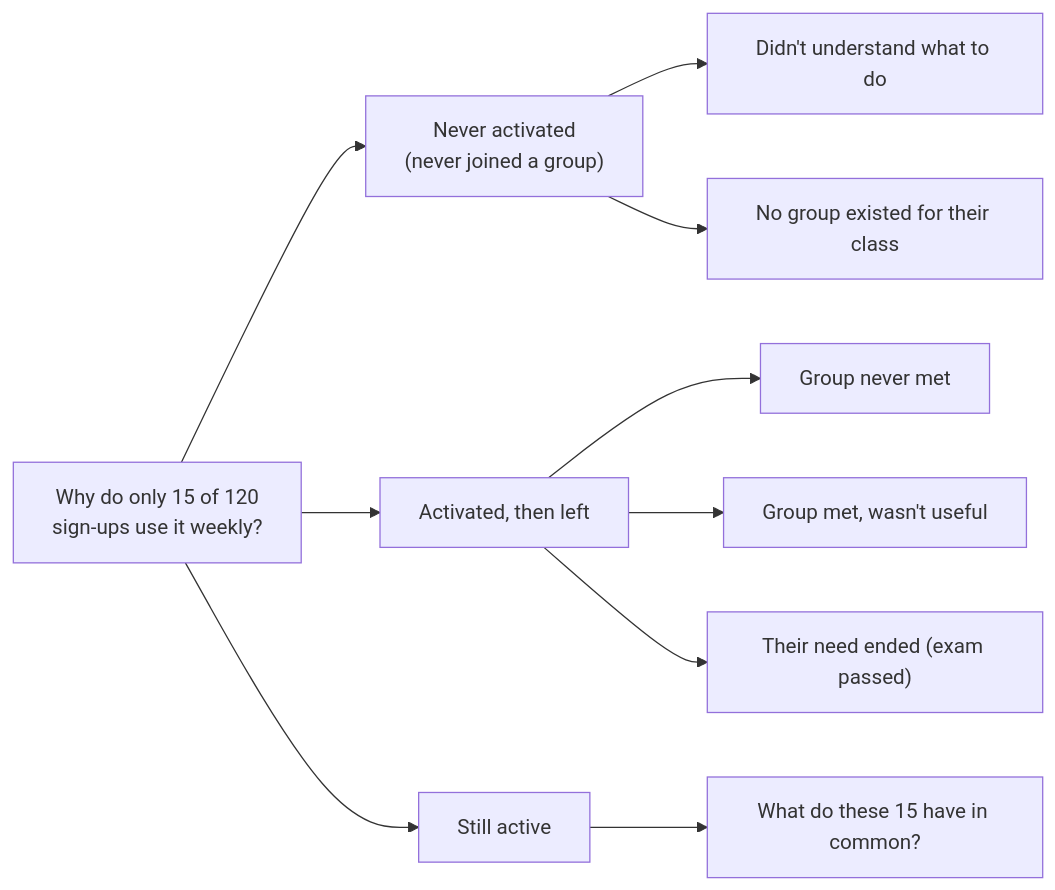
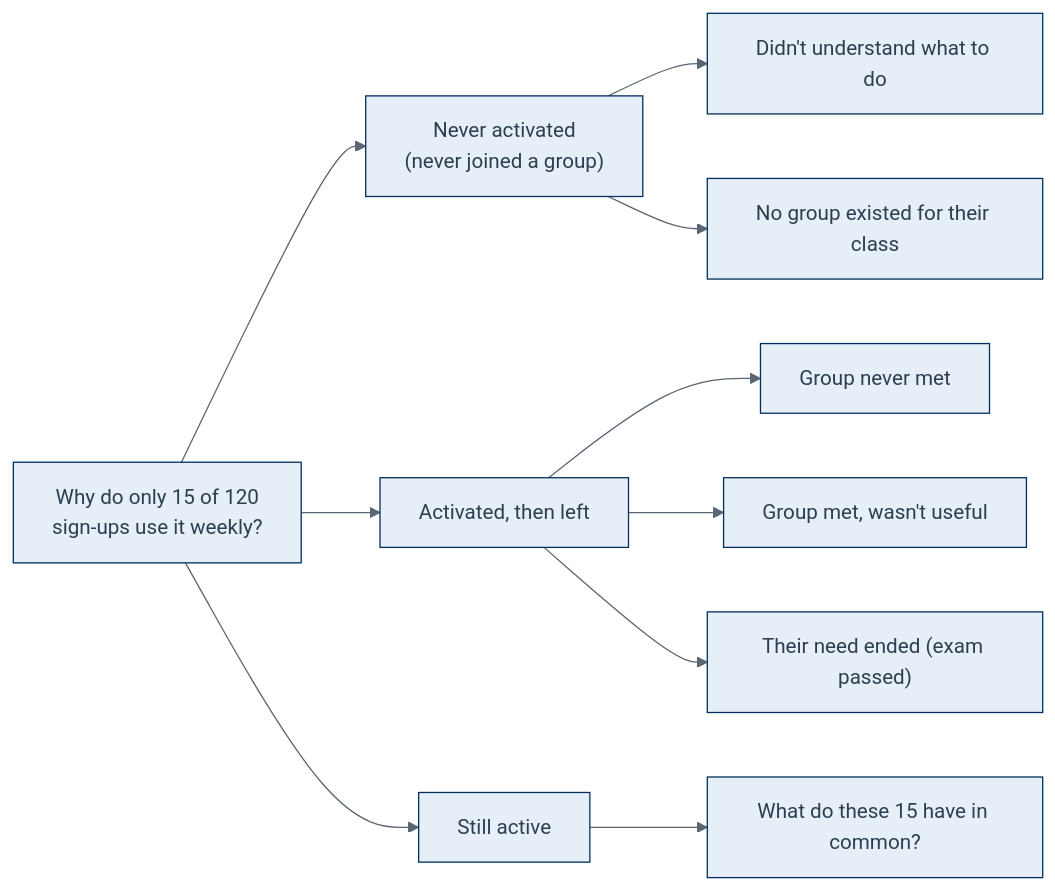
The diagram in 04-finding-and-validating-the-problem.qmd (byu-strategy/product-management), drawn with Mermaid before and after one commit. The commit also changed other lines of this file and 49 other files, not shown here.

````diff
--- a/04-finding-and-validating-the-problem.qmd
+++ b/04-finding-and-validating-the-problem.qmd
@@ -665,12 +669,16 @@
 ```{mermaid}
+%%| label: fig-issue-tree
+%%| fig-cap: "An issue tree for low retention. The three first-level branches cover every sign-up exactly once, so the data can point to the branch that holds the problem."
+%%| fig-alt: "A tree branching left to right from the question why do only 15 of 120 sign-ups use it weekly. Three branches: never activated, meaning never joined a group, which splits into did not understand what to do and no group existed for their class; activated, then left, which splits into group never met, group met but was not useful, and their need ended because the exam passed; and still active, which leads to what do these 15 have in common."
+%%{init: {'theme':'base','themeVariables':{'fontFamily':'Inter, Helvetica Neue, Helvetica, Arial, sans-serif','fontSize':'16px','primaryColor':'#E6EEF7','primaryBorderColor':'#002E5D','primaryTextColor':'#2C3E50','lineColor':'#5A6672','secondaryColor':'#F4F6F8','tertiaryColor':'#FAFBFC','actorBkg':'#E6EEF7','actorBorder':'#002E5D','git0':'#002E5D','git1':'#0057B8','git2':'#6495ED','gitBranchLabel0':'#ffffff','gitBranchLabel1':'#ffffff'}}}%%
 flowchart LR
   Q["Why do only 15 of 120<br/>sign-ups use it weekly?"] --> A["Never activated<br/>(never joined a group)"]
   Q --> B["Activated, then left"]
   Q --> C["Still active"]
   A --> A1["Didn't understand what to do"]
   A --> A2["No group existed for their class"]
   B --> B1["Group never met"]
   B --> B2["Group met, wasn't useful"]
   B --> B3["Their need ended (exam passed)"]
   C --> C1["What do these 15 have in common?"]
 ```
````
